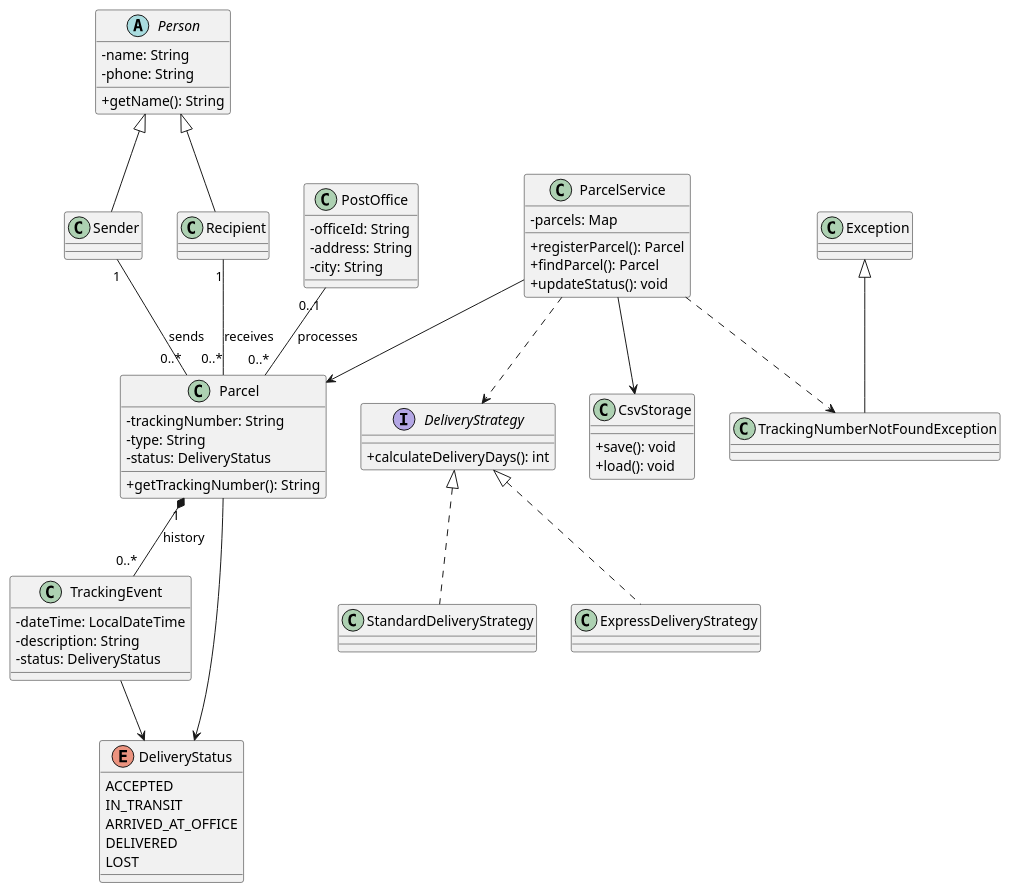
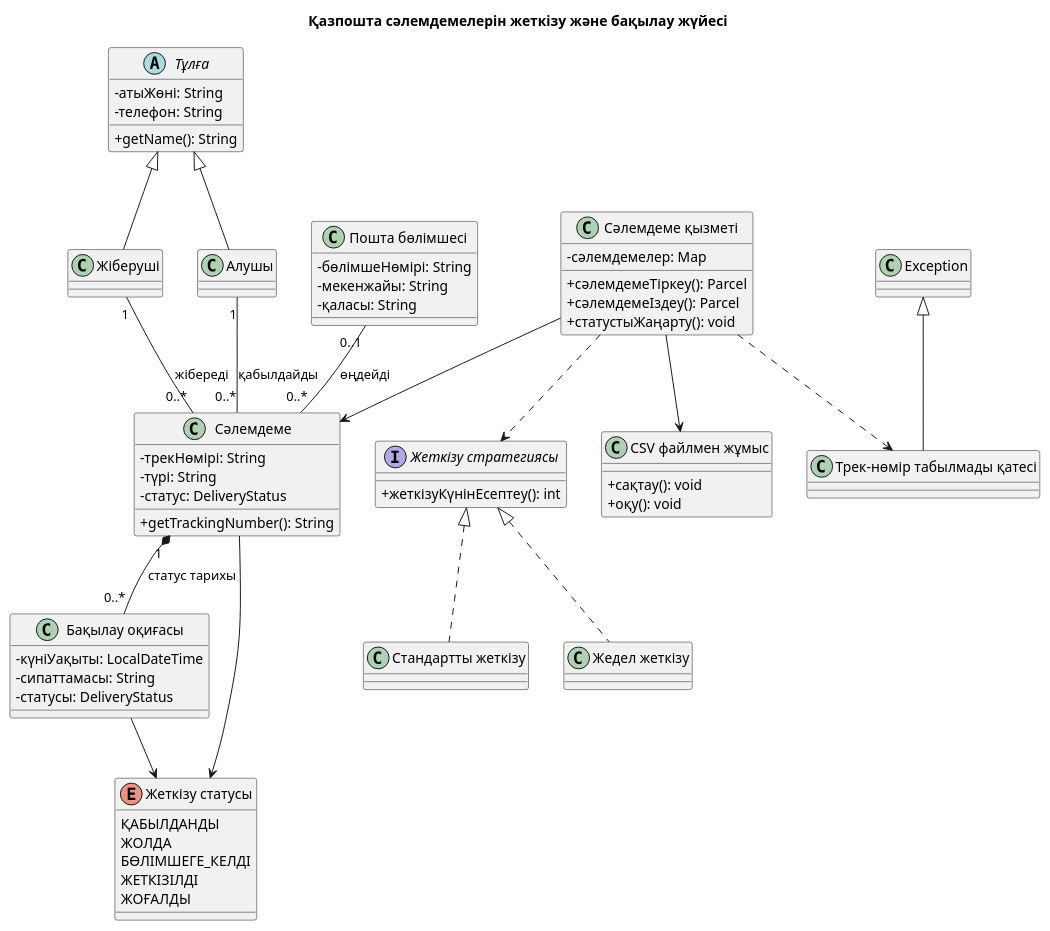
The diagram in docs/uml/class-diagram.puml (ajymaskar082/Kazpost-Parcel-Tracking), drawn with PlantUML before and after one commit.

```diff
--- a/docs/uml/class-diagram.puml
+++ b/docs/uml/class-diagram.puml
@@ -2,80 +2,81 @@
 @startuml
 skinparam classAttributeIconSize 0
+title Қазпошта сәлемдемелерін жеткізу және бақылау жүйесі
 
-abstract class Person {
-  - name: String
-  - phone: String
+abstract class "Тұлға" as Person {
+  - атыЖөні: String
+  - телефон: String
   + getName(): String
 }
 
-class Sender
-class Recipient
+class "Жіберуші" as Sender
+class "Алушы" as Recipient
 
 Person <|-- Sender
 Person <|-- Recipient
 
-class Parcel {
-  - trackingNumber: String
-  - type: String
-  - status: DeliveryStatus
+class "Сәлемдеме" as Parcel {
+  - трекНөмірі: String
+  - түрі: String
+  - статус: DeliveryStatus
   + getTrackingNumber(): String
 }
 
-class PostOffice {
-  - officeId: String
-  - address: String
-  - city: String
+class "Пошта бөлімшесі" as PostOffice {
+  - бөлімшеНөмірі: String
+  - мекенжайы: String
+  - қаласы: String
 }
 
-class TrackingEvent {
-  - dateTime: LocalDateTime
-  - description: String
-  - status: DeliveryStatus
+class "Бақылау оқиғасы" as TrackingEvent {
+  - күніУақыты: LocalDateTime
+  - сипаттамасы: String
+  - статусы: DeliveryStatus
 }
 
-enum DeliveryStatus {
-  ACCEPTED
-  IN_TRANSIT
-  ARRIVED_AT_OFFICE
-  DELIVERED
-  LOST
+enum "Жеткізу статусы" as DeliveryStatus {
+  ҚАБЫЛДАНДЫ
+  ЖОЛДА
+  БӨЛІМШЕГЕ_КЕЛДІ
+  ЖЕТКІЗІЛДІ
+  ЖОҒАЛДЫ
 }
 
-interface DeliveryStrategy {
-  + calculateDeliveryDays(): int
+interface "Жеткізу стратегиясы" as DeliveryStrategy {
+  + жеткізуКүнінЕсептеу(): int
 }
 
-class StandardDeliveryStrategy
-class ExpressDeliveryStrategy
+class "Стандартты жеткізу" as StandardDeliveryStrategy
+class "Жедел жеткізу" as ExpressDeliveryStrategy
 
 DeliveryStrategy <|.. StandardDeliveryStrategy
 DeliveryStrategy <|.. ExpressDeliveryStrategy
 
-class ParcelService {
-  - parcels: Map
-  + registerParcel(): Parcel
-  + findParcel(): Parcel
-  + updateStatus(): void
+class "Сәлемдеме қызметі" as ParcelService {
+  - сәлемдемелер: Map
+  + сәлемдемеТіркеу(): Parcel
+  + сәлемдемеІздеу(): Parcel
+  + статустыЖаңарту(): void
 }
 
-class CsvStorage {
-  + save(): void
-  + load(): void
+class "CSV файлмен жұмыс" as CsvStorage {
+  + сақтау(): void
+  + оқу(): void
 }
 
-class TrackingNumberNotFoundException
+class "Трек-нөмір табылмады қатесі" as TrackingNumberNotFoundException
 
 Exception <|-- TrackingNumberNotFoundException
 
-Sender "1" -- "0..*" Parcel : sends
-Recipient "1" -- "0..*" Parcel : receives
-PostOffice "0..1" -- "0..*" Parcel : processes
-Parcel "1" *-- "0..*" TrackingEvent : history
+Sender "1" -- "0..*" Parcel : жібереді
+Recipient "1" -- "0..*" Parcel : қабылдайды
+PostOffice "0..1" -- "0..*" Parcel : өңдейді
+Parcel "1" *-- "0..*" TrackingEvent : статус тарихы
 TrackingEvent --> DeliveryStatus
 Parcel --> DeliveryStatus
 ParcelService --> Parcel
 ParcelService --> CsvStorage
 ParcelService ..> DeliveryStrategy
 ParcelService ..> TrackingNumberNotFoundException
 
 @enduml
```
